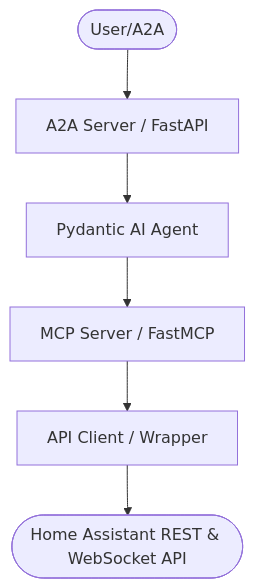
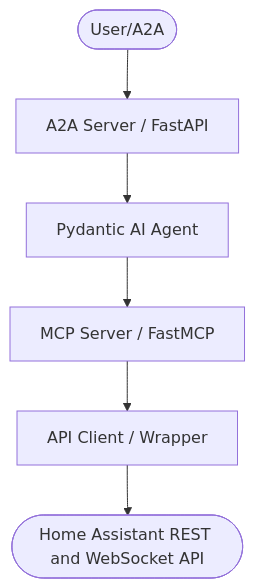
The first of 2 diagrams in AGENTS.md (Knuckles-Team/home-assistant-agent), drawn with Mermaid before and after one commit. The commit also changed other lines of this file and 9 other files, not shown here.

````diff
--- a/AGENTS.md
+++ b/AGENTS.md
@@ -14,8 +17,8 @@
 ```mermaid
 graph TD
     User([User/A2A]) --> Server[A2A Server / FastAPI]
     Server --> Agent[Pydantic AI Agent]
     Agent --> MCP[MCP Server / FastMCP]
     MCP --> Client[API Client / Wrapper]
-    Client --> ExternalAPI([Home Assistant REST & WebSocket API])
+    Client --> ExternalAPI(["Home Assistant REST and WebSocket API"])
 ```
````
